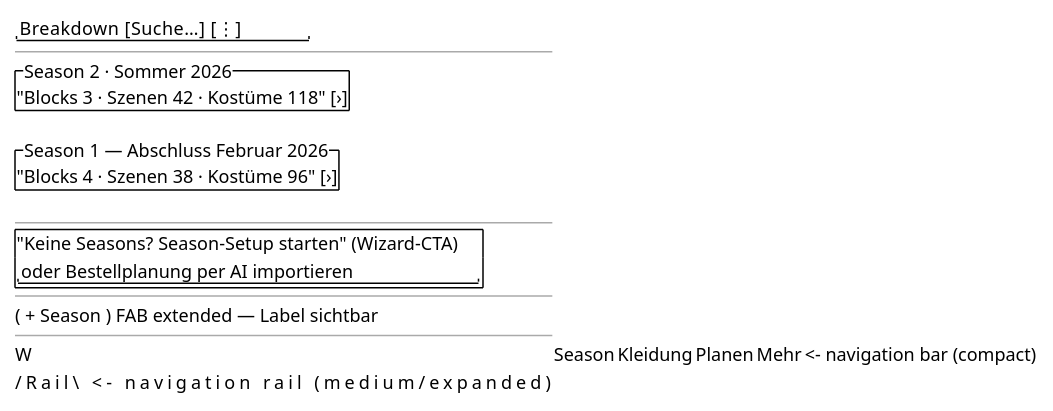
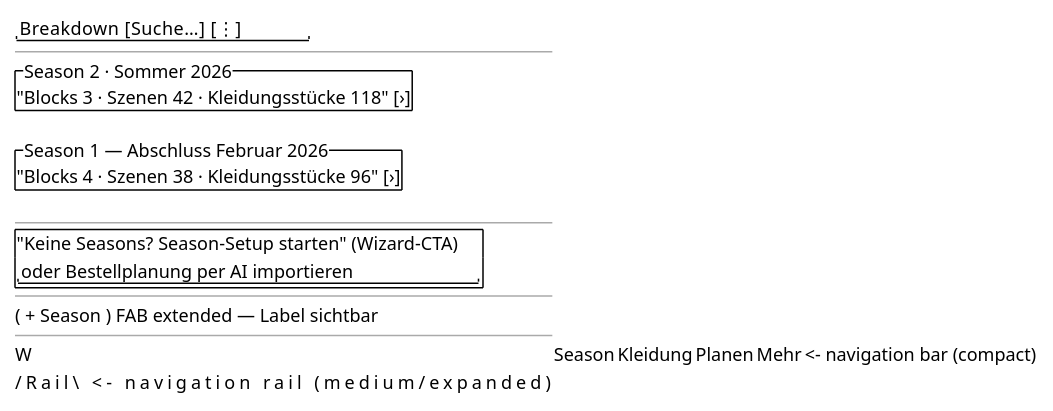
The diagram in frontend-flutter/.pi/skills/design-wireframe-salt/SKILL.md (tradem/breakdown-rs), drawn with PlantUML before and after one commit. The commit also changed 25 other files, not shown here.

````diff
--- a/frontend-flutter/.pi/skills/design-wireframe-salt/SKILL.md
+++ b/frontend-flutter/.pi/skills/design-wireframe-salt/SKILL.md
@@ -63,20 +63,20 @@
 ```plantuml
 @startsalt
 {
   "Breakdown   [Suche…] [⋮]"
   --
   {^ "Season 2 · Sommer 2026"
-     "Blocks 3 · Szenen 42 · Kostüme 118" [›]}
+     "Blocks 3 · Szenen 42 · Kleidungsstücke 118" [›]}
   {^ "Season 1 — Abschluss Februar 2026"
-     "Blocks 4 · Szenen 38 · Kostüme 96" [›]}
+     "Blocks 4 · Szenen 38 · Kleidungsstücke 96" [›]}
   --
   {+ "Keine Seasons? Season-Setup starten" (Wizard-CTA)
      "oder Bestellplanung per AI importieren"}
   --
   ( + Season ) FAB extended — Label sichtbar
   --
   |W| Season | Kleidung | Planen | Mehr |   <- navigation bar (compact)
   /Rail\                                     <- navigation rail (medium/expanded)
 }
 @endsalt
 ```
````
